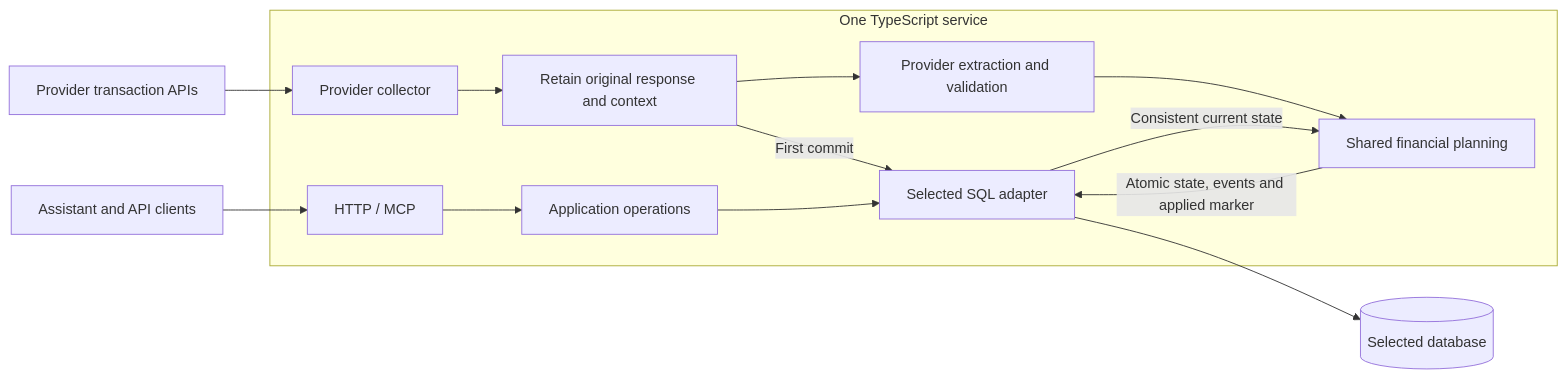
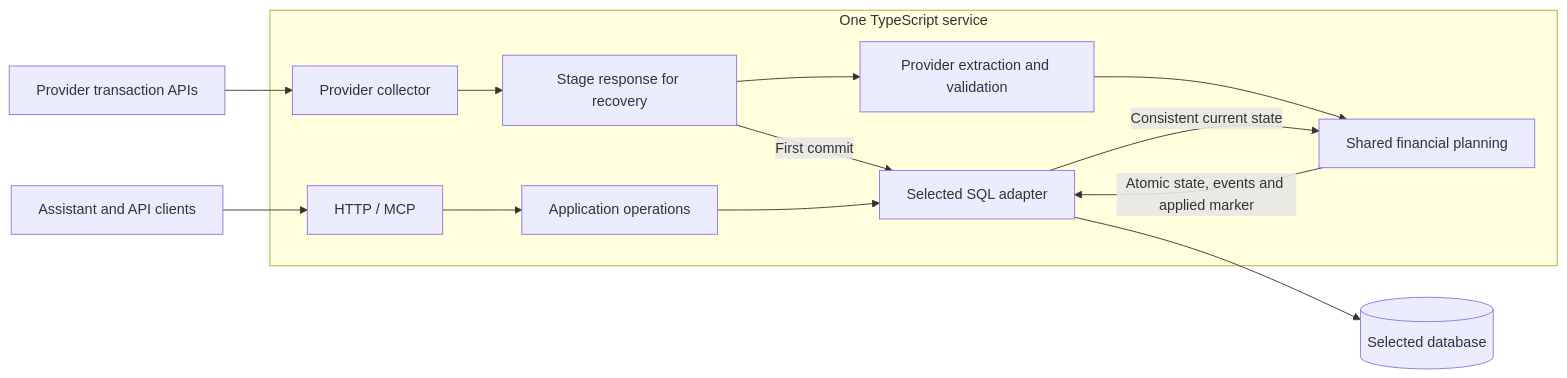
The diagram in docs/design.md (sagiba/fonds), drawn with Mermaid before and after one commit. The commit also changed other lines of this file and 129 other files, not shown here.

````diff
--- a/docs/design.md
+++ b/docs/design.md
@@ -17,16 +17,16 @@
 ```mermaid
 flowchart LR
   provider["Provider transaction APIs"] --> collector
   clients["Assistant and API clients"] --> transport
   subgraph service["One TypeScript service"]
-    collector["Provider collector"] --> archive["Retain original response and context"]
+    collector["Provider collector"] --> archive["Stage response for recovery"]
     archive -->|First commit| storage["Selected SQL adapter"]
     archive --> extraction["Provider extraction and validation"]
     extraction --> planning["Shared financial planning"]
     storage -->|Consistent current state| planning
     planning -->|Atomic state, events and applied marker| storage
     transport["HTTP / MCP"] --> application["Application operations"]
     application --> storage
   end
   storage --> database[("Selected database")]
 ```
````
